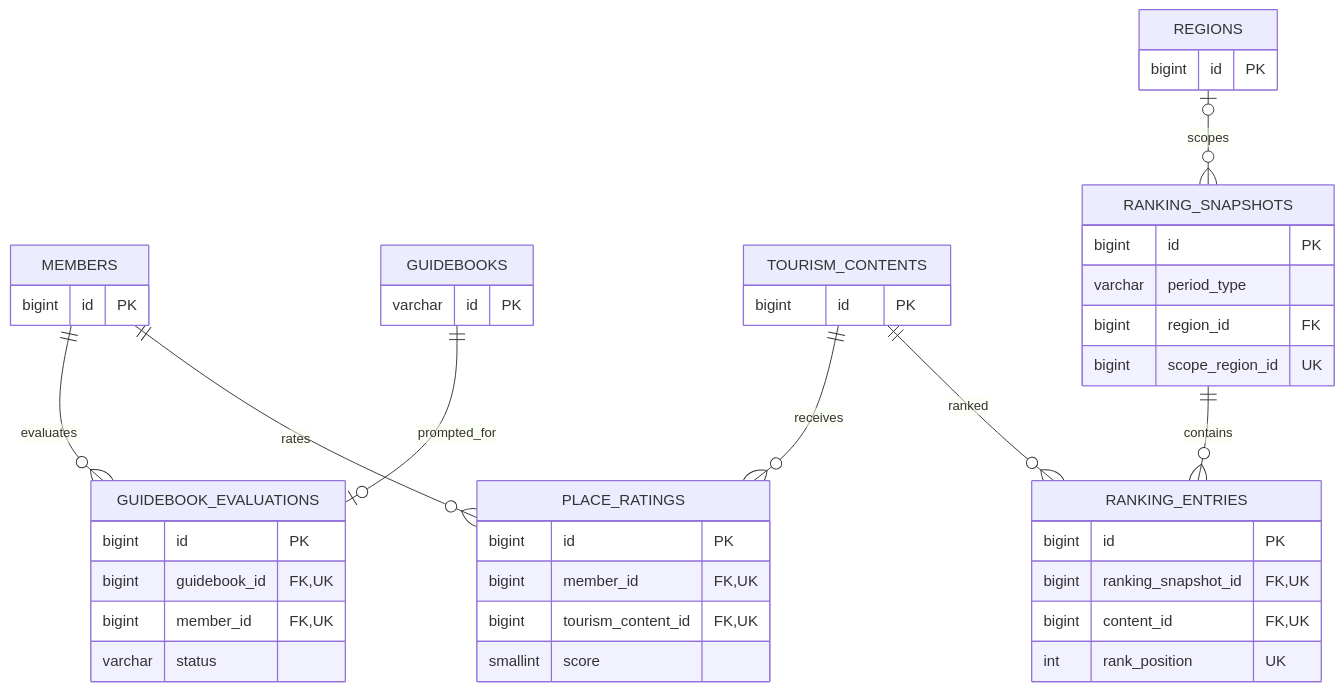
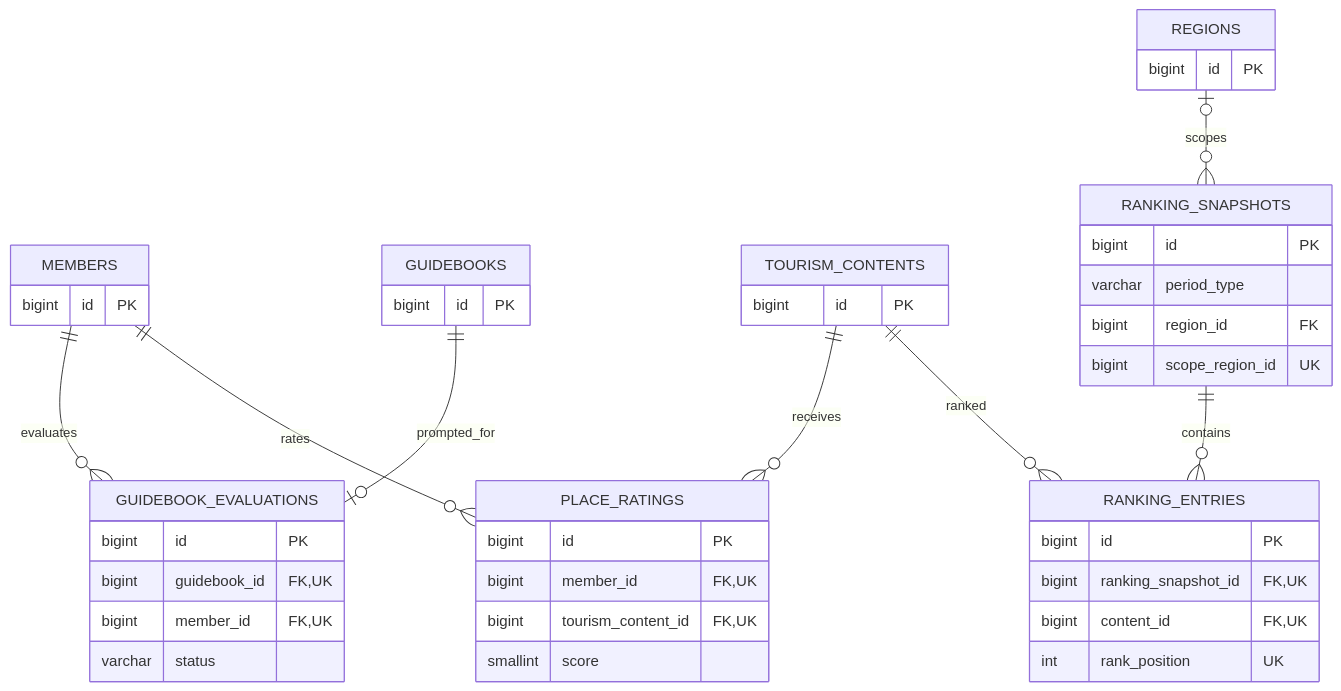
One commit to 100-hours-a-week/KTB4-10th-BE changed the fourth of 5 diagrams in docs/ERD_테이블_설계_근거_검토본.md. Above: the diagram before and after it, drawn with Mermaid. The commit also changed other lines of this file and 8 other files, not shown here.

```diff
--- a/docs/ERD_테이블_설계_근거_검토본.md
+++ b/docs/ERD_테이블_설계_근거_검토본.md
@@ -246,46 +246,46 @@
 ~~~mermaid
 erDiagram
     MEMBERS ||--o{ GUIDEBOOK_EVALUATIONS : evaluates
     GUIDEBOOKS ||--o| GUIDEBOOK_EVALUATIONS : prompted_for
     MEMBERS ||--o{ PLACE_RATINGS : rates
     TOURISM_CONTENTS ||--o{ PLACE_RATINGS : receives
     REGIONS o|--o{ RANKING_SNAPSHOTS : scopes
     RANKING_SNAPSHOTS ||--o{ RANKING_ENTRIES : contains
     TOURISM_CONTENTS ||--o{ RANKING_ENTRIES : ranked
     GUIDEBOOK_EVALUATIONS {
         bigint id PK
         bigint guidebook_id FK,UK
         bigint member_id FK,UK
         varchar status
     }
     PLACE_RATINGS {
         bigint id PK
         bigint member_id FK,UK
         bigint tourism_content_id FK,UK
         smallint score
     }
     RANKING_SNAPSHOTS {
         bigint id PK
         varchar period_type
         bigint region_id FK
         bigint scope_region_id UK
     }
     RANKING_ENTRIES {
         bigint id PK
         bigint ranking_snapshot_id FK,UK
         bigint content_id FK,UK
         int rank_position UK
     }
     MEMBERS {
         bigint id PK
     }
     GUIDEBOOKS {
-        varchar id PK
+        bigint id PK
     }
     TOURISM_CONTENTS {
         bigint id PK
     }
     REGIONS {
         bigint id PK
     }
 ~~~
```
